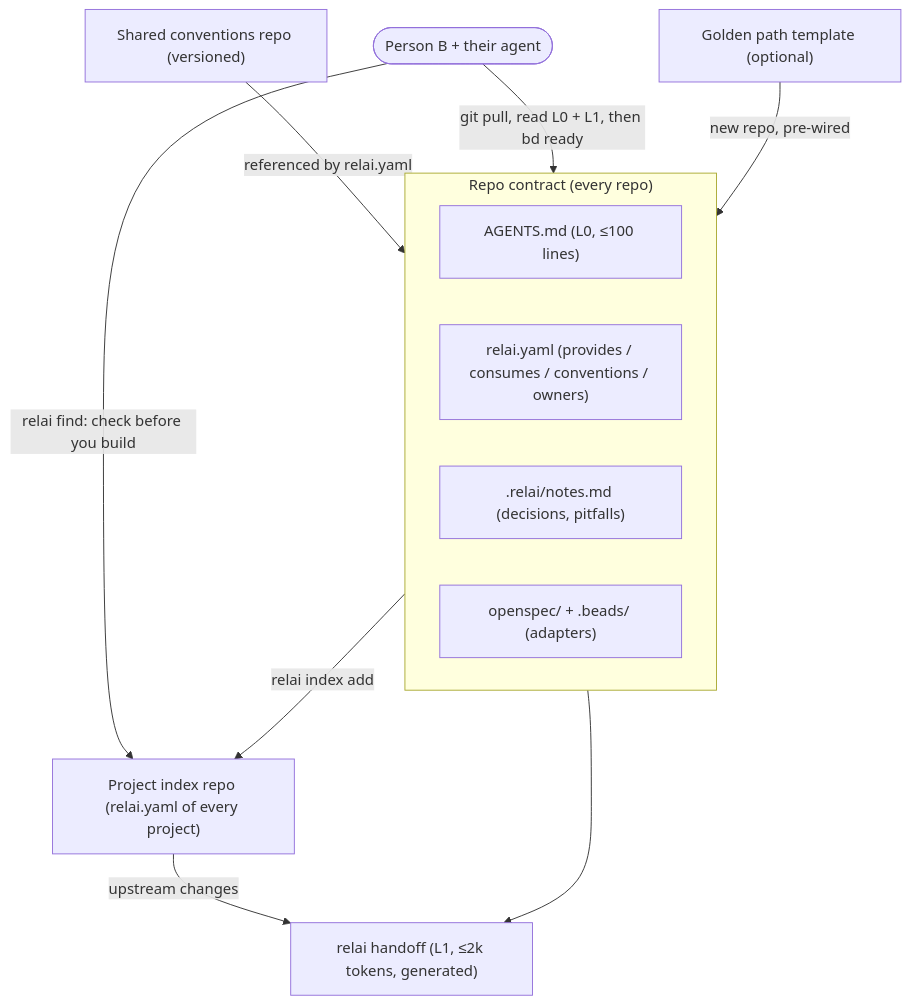
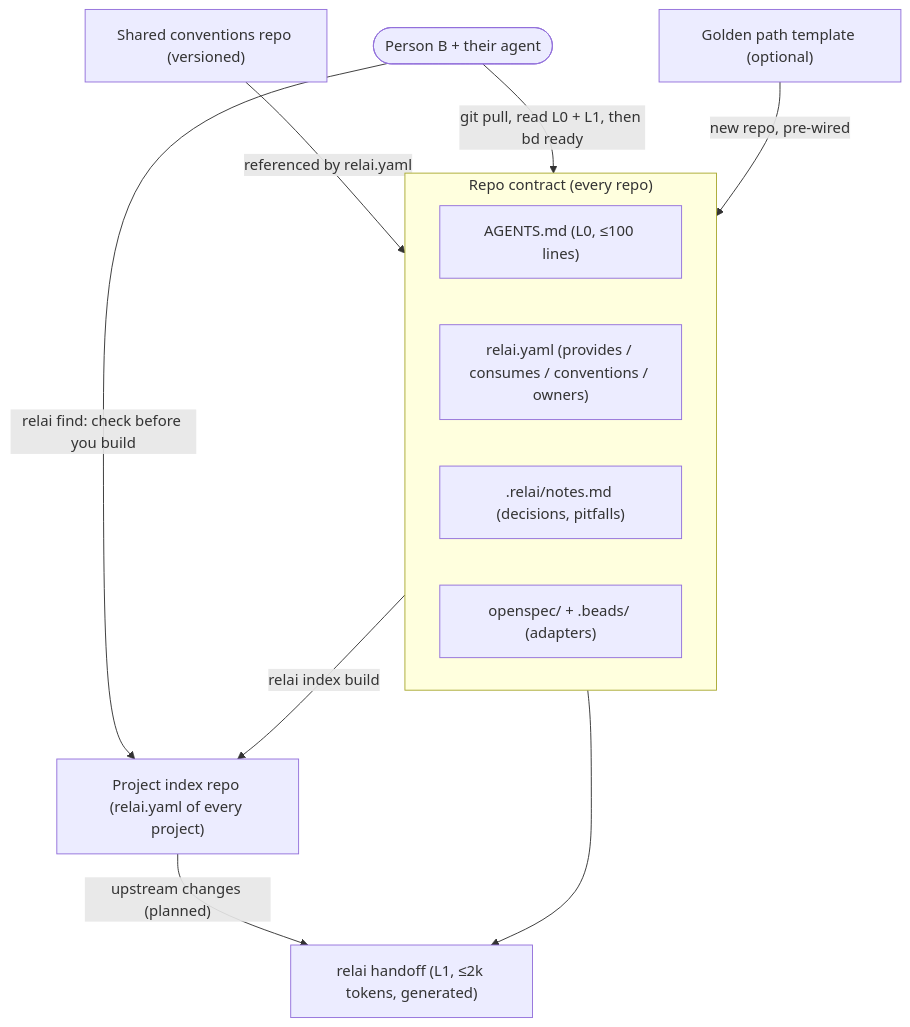
Before and after one commit to ECG-Rudy-Glt/RELAI: the diagram in docs/DESIGN.md, drawn with Mermaid. The commit also changed other lines of this file and 12 other files, not shown here.

````diff
--- a/docs/DESIGN.md
+++ b/docs/DESIGN.md
@@ -64,18 +64,18 @@
 ```mermaid
 flowchart TB
   subgraph repo["Repo contract (every repo)"]
     agents["AGENTS.md (L0, ≤100 lines)"]
     manifest["relai.yaml (provides / consumes / conventions / owners)"]
     notes[".relai/notes.md (decisions, pitfalls)"]
     specs["openspec/ + .beads/ (adapters)"]
   end
   handoff["relai handoff (L1, ≤2k tokens, generated)"]
   repo --> handoff
   conv["Shared conventions repo (versioned)"] -- "referenced by relai.yaml" --> repo
   index["Project index repo (relai.yaml of every project)"]
-  repo -- "relai index add" --> index
-  index -- "upstream changes" --> handoff
+  repo -- "relai index build" --> index
+  index -- "upstream changes (planned)" --> handoff
   person(["Person B + their agent"]) -- "git pull, read L0 + L1, then bd ready" --> repo
   person -- "relai find: check before you build" --> index
   tpl["Golden path template (optional)"] -- "new repo, pre-wired" --> repo
 ```
````
